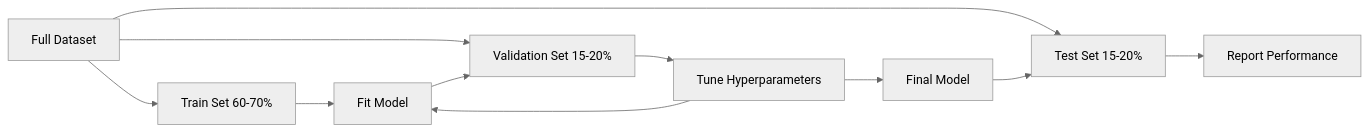
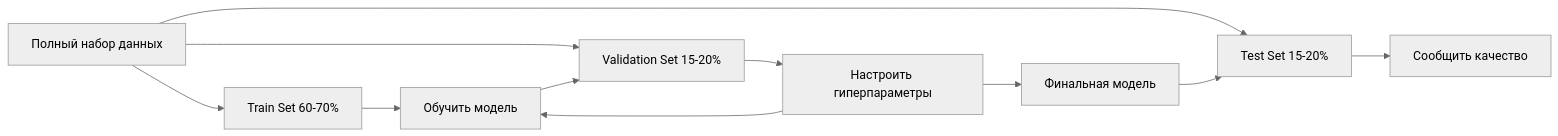
Before and after one commit to stabuev/ai-engineering-from-scratch: the first of 2 diagrams in phases/02-ml-fundamentals/09-model-evaluation/docs/ru.md, drawn with Mermaid (neutral theme). The commit also changed other lines of this file and 22 other files, not shown here.

````diff
--- a/phases/02-ml-fundamentals/09-model-evaluation/docs/ru.md
+++ b/phases/02-ml-fundamentals/09-model-evaluation/docs/ru.md
@@ -29,13 +29,13 @@
 ```mermaid
 flowchart LR
-    A[Full Dataset] --> B[Train Set 60-70%]
+    A[Полный набор данных] --> B[Train Set 60-70%]
     A --> C[Validation Set 15-20%]
     A --> D[Test Set 15-20%]
-    B --> E[Fit Model]
+    B --> E[Обучить модель]
     E --> C
-    C --> F[Tune Hyperparameters]
+    C --> F[Настроить гиперпараметры]
     F --> E
-    F --> G[Final Model]
+    F --> G[Финальная модель]
     G --> D
-    D --> H[Report Performance]
+    D --> H[Сообщить качество]
 ```
````
